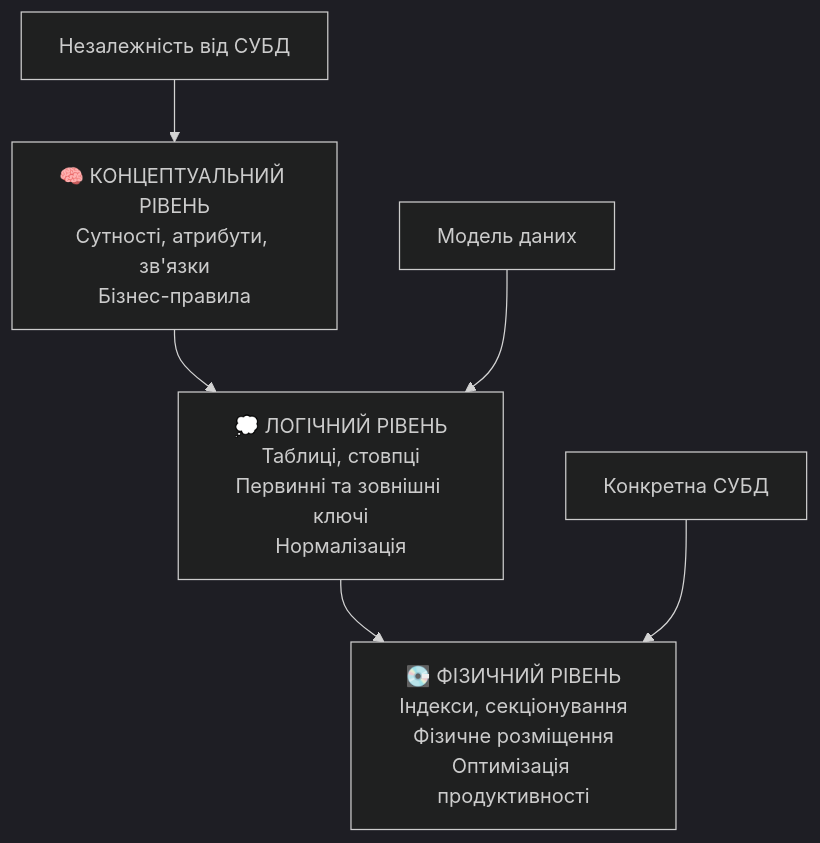
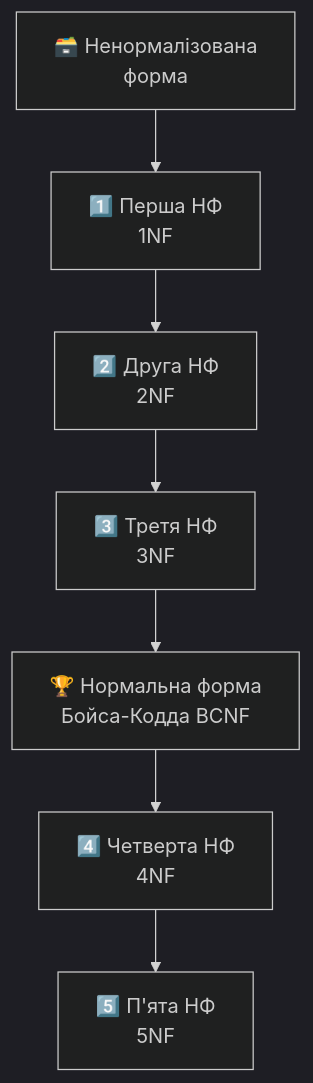
Before and after one commit to olroi421/course-bd: the sixth of 14 diagrams in presentations/presentation-05.md, drawn with Mermaid (dark theme). The commit also changed other lines of this file and 12 other files, not shown here.

````diff
--- a/presentations/presentation-05.md
+++ b/presentations/presentation-05.md
@@ -30,10 +205,9 @@
 ```mermaid
 graph TD
-    A[🧠 КОНЦЕПТУАЛЬНИЙ РІВЕНЬ<br/>Сутності, атрибути, зв'язки<br/>Бізнес-правила] --> B[💭 ЛОГІЧНИЙ РІВЕНЬ<br/>Таблиці, стовпці<br/>Первинні та зовнішні ключі<br/>Нормалізація]
-
-    B --> C[💽 ФІЗИЧНИЙ РІВЕНЬ<br/>Індекси, секціонування<br/>Фізичне розміщення<br/>Оптимізація продуктивності]
-
-    D[Незалежність від СУБД] --> A
-    E[Модель даних] --> B
-    F[Конкретна СУБД] --> C
+    A[🗃️ Ненормалізована<br/>форма] --> B[1️⃣ Перша НФ<br/>1NF]
+    B --> C[2️⃣ Друга НФ<br/>2NF]
+    C --> D[3️⃣ Третя НФ<br/>3NF]
+    D --> E[🏆 Нормальна форма<br/>Бойса-Кодда BCNF]
+    E --> F[4️⃣ Четверта НФ<br/>4NF]
+    F --> G[5️⃣ П'ята НФ<br/>5NF]
 ```
````
